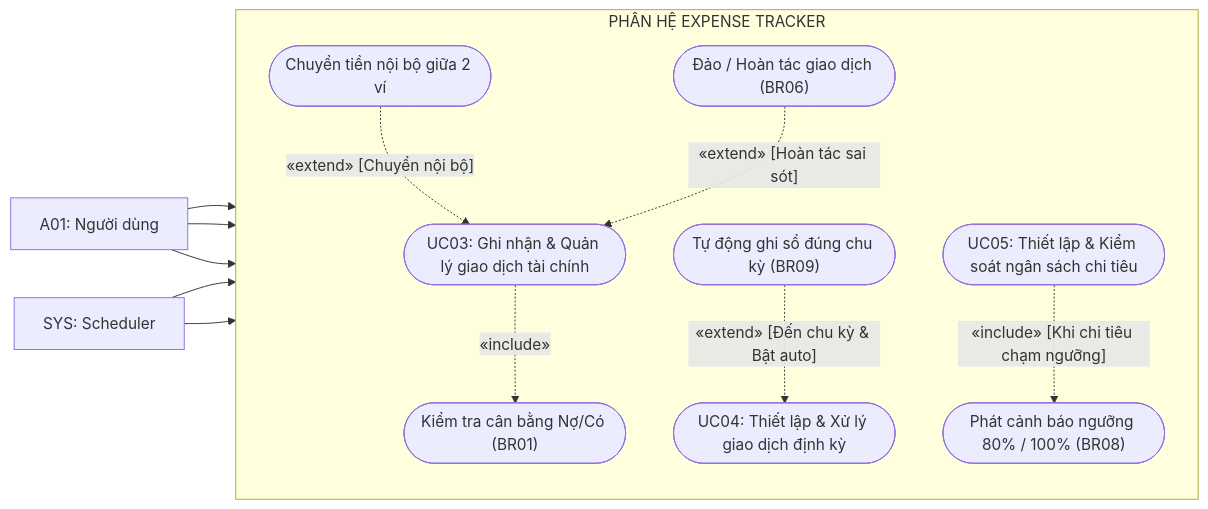
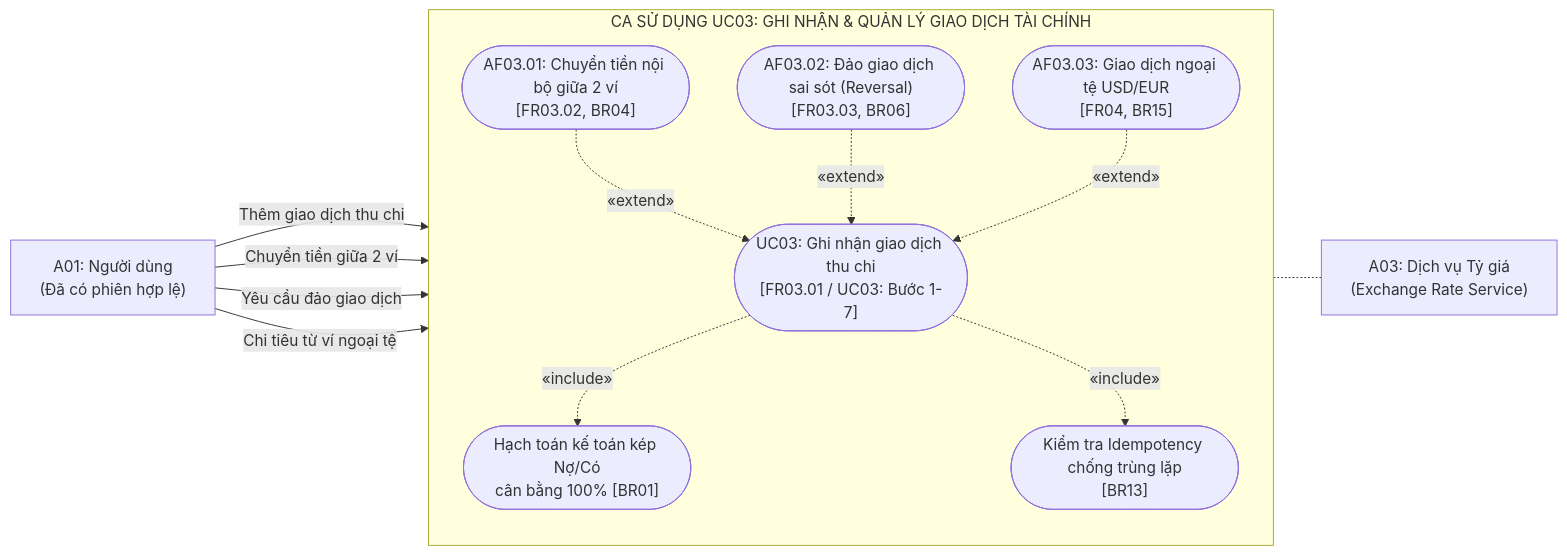
Before and after one commit to huytothevoz/SE---Microfinance-Personal-Wealth-Expense-Tracker: the fourth of 14 diagrams in docs/02_elaboration/uml_modeling/usecase_diagram.md, drawn with Mermaid. The commit also changed other lines of this file and 1 other file, not shown here.

Commit message:
docs(uml): update usecase diagrams to v2.1 and add bidirectional mapping links to SRS

````diff
--- a/docs/02_elaboration/uml_modeling/usecase_diagram.md
+++ b/docs/02_elaboration/uml_modeling/usecase_diagram.md
@@ -120,39 +210,34 @@
 ```mermaid
 flowchart LR
     %% Actors
-    User["A01: Người dùng"]
-    Scheduler["SYS: Scheduler"]
+    User["A01: Người dùng<br/>(Đã có phiên hợp lệ)"]
+    ExchangeAPI["A03: Dịch vụ Tỷ giá<br/>(Exchange Rate Service)"]
 
-    subgraph Boundary_Expense["PHÂN HỆ EXPENSE TRACKER"]
+    subgraph Boundary_UC03["CA SỬ DỤNG UC03: GHI NHẬN & QUẢN LÝ GIAO DỊCH TÀI CHÍNH"]
         direction TB
 
-        UC03(["UC03: Ghi nhận & Quản lý giao dịch tài chính"])
-        UC03_DoubleEntry(["Kiểm tra cân bằng Nợ/Có (BR01)"])
-        UC03_Transfer(["Chuyển tiền nội bộ giữa 2 ví"])
-        UC03_Reverse(["Đảo / Hoàn tác giao dịch (BR06)"])
-
-        UC04(["UC04: Thiết lập & Xử lý giao dịch định kỳ"])
-        UC04_AutoPost(["Tự động ghi sổ đúng chu kỳ (BR09)"])
-
-        UC05(["UC05: Thiết lập & Kiểm soát ngân sách chi tiêu"])
-        UC05_Alert(["Phát cảnh báo ngưỡng 80% / 100% (BR08)"])
+        UC03(["UC03: Ghi nhận giao dịch thu chi<br/>[FR03.01 / UC03: Bước 1-7]"])
+        UC03_Ledger(["Hạch toán kế toán kép Nợ/Có<br/>cân bằng 100% [BR01]"])
+        UC03_Idemp(["Kiểm tra Idempotency chống trùng lặp<br/>[BR13]"])
+        
+        AF03_01(["AF03.01: Chuyển tiền nội bộ giữa 2 ví<br/>[FR03.02, BR04]"])
+        AF03_02(["AF03.02: Đảo giao dịch sai sót (Reversal)<br/>[FR03.03, BR06]"])
+        AF03_03(["AF03.03: Giao dịch ngoại tệ USD/EUR<br/>[FR04, BR15]"])
     end
 
-    %% Tương tác
-    User --> UC03
-    User --> UC04
-    User --> UC05
-    Scheduler --> UC04
-    Scheduler --> UC05
+    %% Tương tác Tác nhân
+    User -->|"Thêm giao dịch thu chi"| UC03
+    User -->|"Chuyển tiền giữa 2 ví"| AF03_01
+    User -->|"Yêu cầu đảo giao dịch"| AF03_02
+    User -->|"Chi tiêu từ ví ngoại tệ"| AF03_03
 
-    %% Include / Extend trong UC03
-    UC03 -.->|"«include»"| UC03_DoubleEntry
-    UC03_Transfer -.->|"«extend» [Chuyển nội bộ]"| UC03
-    UC03_Reverse -.->|"«extend» [Hoàn tác sai sót]"| UC03
+    %% Quan hệ Include / Extend trong UC03
+    UC03 -.->|"«include»"| UC03_Ledger
+    UC03 -.->|"«include»"| UC03_Idemp
+    AF03_01 -.->|"«extend»"| UC03
+    AF03_02 -.->|"«extend»"| UC03
+    AF03_03 -.->|"«extend»"| UC03
 
-    %% Include / Extend trong UC04
-    UC04_AutoPost -.->|"«extend» [Đến chu kỳ & Bật auto]"| UC04
-
-    %% Include / Extend trong UC05
-    UC05 -.->|"«include» [Khi chi tiêu chạm ngưỡng]"| UC05_Alert
+    %% Tương tác Tác nhân phụ
+    AF03_03 -.- ExchangeAPI
 ```
````
